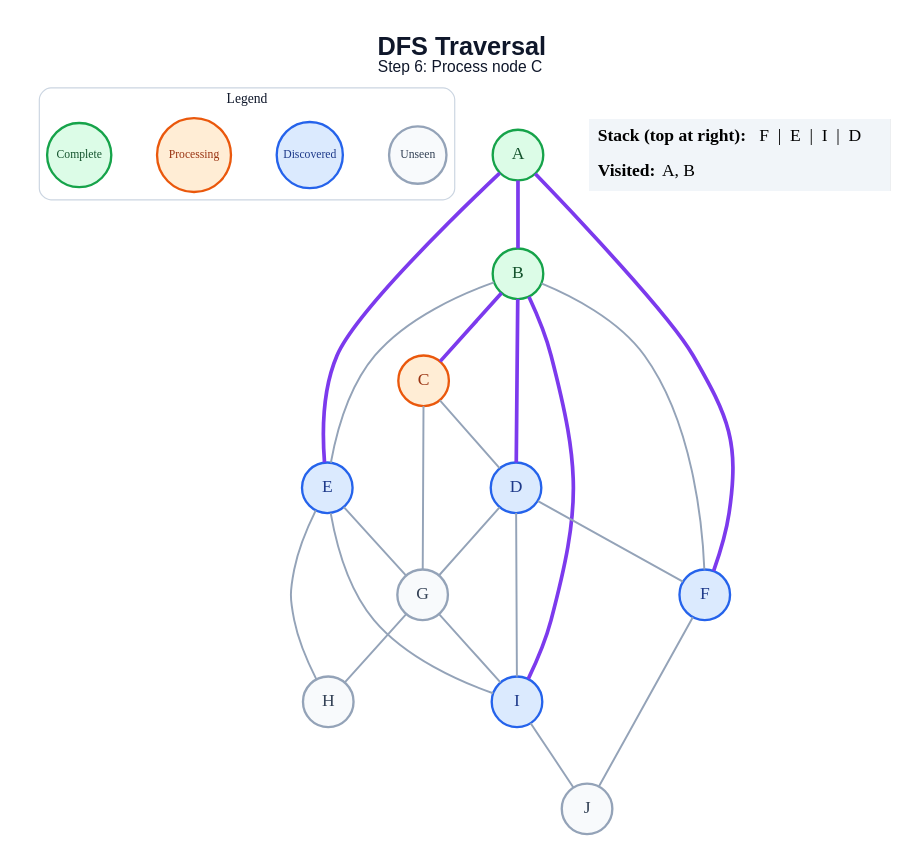
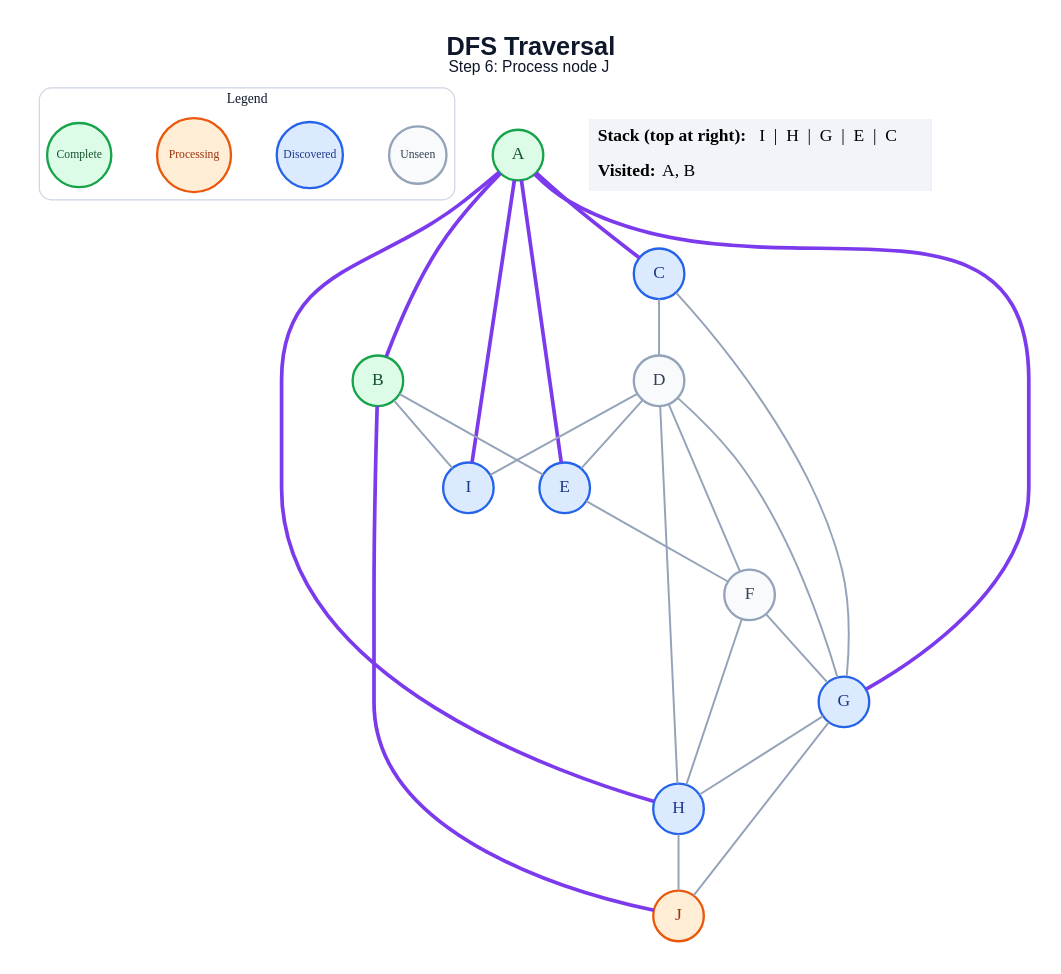
Before and after one commit to amanghodawala9/ai-slop: the diagram in generated/dfs/step_06.dot, drawn with Graphviz. The commit also changed 178 other files, not shown here.

```diff
--- a/generated/dfs/step_06.dot
+++ b/generated/dfs/step_06.dot
@@ -1,49 +1,51 @@
 graph traversal {
   graph [layout=dot, rankdir=TB, bgcolor="#FFFFFF", pad="0.35", nodesep="0.65", ranksep="0.8", fontname="Arial"];
   node [shape=circle, style="filled", fontname="Arial Bold", fontsize=18, width=0.72, fixedsize=true, penwidth=2.4];
   edge [color="#94A3B8", penwidth=2.0];
-  label=<<B>DFS Traversal</B><BR/><FONT POINT-SIZE="16">Step 6: Process node C</FONT>>; labelloc="t"; fontsize=26; fontname="Arial"; fontcolor="#0F172A";
+  label=<<B>DFS Traversal</B><BR/><FONT POINT-SIZE="16">Step 6: Process node J</FONT>>; labelloc="t"; fontsize=26; fontname="Arial"; fontcolor="#0F172A";
   subgraph cluster_legend { label="Legend"; color="#CBD5E1"; penwidth=1.2; style="rounded"; fontsize=14; fontname="Arial Bold";
     key_unseen [label="Unseen", fillcolor="#F8FAFC", color="#94A3B8", fontcolor="#334155", fontsize=12, width=0.82];
     key_frontier [label="Discovered", fillcolor="#DBEAFE", color="#2563EB", fontcolor="#1E3A8A", fontsize=12, width=0.95];
     key_current [label="Processing", fillcolor="#FFEDD5", color="#EA580C", fontcolor="#9A3412", fontsize=12, width=1.05];
     key_done [label="Complete", fillcolor="#DCFCE7", color="#16A34A", fontcolor="#14532D", fontsize=12, width=0.92];
     { rank=same; key_unseen; key_frontier; key_current; key_done; }
   }
   A [fillcolor="#DCFCE7", color="#16A34A", fontcolor="#14532D"];
   B [fillcolor="#DCFCE7", color="#16A34A", fontcolor="#14532D"];
-  C [fillcolor="#FFEDD5", color="#EA580C", fontcolor="#9A3412"];
-  D [fillcolor="#DBEAFE", color="#2563EB", fontcolor="#1E3A8A"];
+  C [fillcolor="#DBEAFE", color="#2563EB", fontcolor="#1E3A8A"];
+  D [fillcolor="#F8FAFC", color="#94A3B8", fontcolor="#334155"];
   E [fillcolor="#DBEAFE", color="#2563EB", fontcolor="#1E3A8A"];
-  F [fillcolor="#DBEAFE", color="#2563EB", fontcolor="#1E3A8A"];
-  G [fillcolor="#F8FAFC", color="#94A3B8", fontcolor="#334155"];
-  H [fillcolor="#F8FAFC", color="#94A3B8", fontcolor="#334155"];
+  F [fillcolor="#F8FAFC", color="#94A3B8", fontcolor="#334155"];
+  G [fillcolor="#DBEAFE", color="#2563EB", fontcolor="#1E3A8A"];
+  H [fillcolor="#DBEAFE", color="#2563EB", fontcolor="#1E3A8A"];
   I [fillcolor="#DBEAFE", color="#2563EB", fontcolor="#1E3A8A"];
-  J [fillcolor="#F8FAFC", color="#94A3B8", fontcolor="#334155"];
+  J [fillcolor="#FFEDD5", color="#EA580C", fontcolor="#9A3412"];
   A -- B [color="#7C3AED", penwidth=3.8];
+  A -- C [color="#7C3AED", penwidth=3.8];
   A -- E [color="#7C3AED", penwidth=3.8];
-  A -- F [color="#7C3AED", penwidth=3.8];
-  B -- C [color="#7C3AED", penwidth=3.8];
-  B -- D [color="#7C3AED", penwidth=3.8];
+  A -- G [color="#7C3AED", penwidth=3.8];
+  A -- H [color="#7C3AED", penwidth=3.8];
+  A -- I [color="#7C3AED", penwidth=3.8];
   B -- E;
-  B -- F;
-  B -- I [color="#7C3AED", penwidth=3.8];
+  B -- I;
+  B -- J [color="#7C3AED", penwidth=3.8];
   C -- D;
   C -- G;
+  D -- E;
   D -- F;
   D -- G;
+  D -- H;
   D -- I;
-  E -- G;
-  E -- H;
-  E -- I;
-  F -- J;
+  E -- F;
+  F -- G;
+  F -- H;
   G -- H;
-  G -- I;
-  I -- J;
+  G -- J;
+  H -- J;
   status [shape=plain, fixedsize=false, width=0, height=0, margin=0, label=<
     <TABLE BORDER="0" CELLBORDER="0" CELLPADDING="7" BGCOLOR="#F1F5F9">
-      <TR><TD ALIGN="LEFT"><B>Stack (top at right):</B> F  |  E  |  I  |  D</TD></TR>
+      <TR><TD ALIGN="LEFT"><B>Stack (top at right):</B> I  |  H  |  G  |  E  |  C</TD></TR>
       <TR><TD ALIGN="LEFT"><B>Visited:</B> A, B</TD></TR>
     </TABLE>
   >];
 }
```
